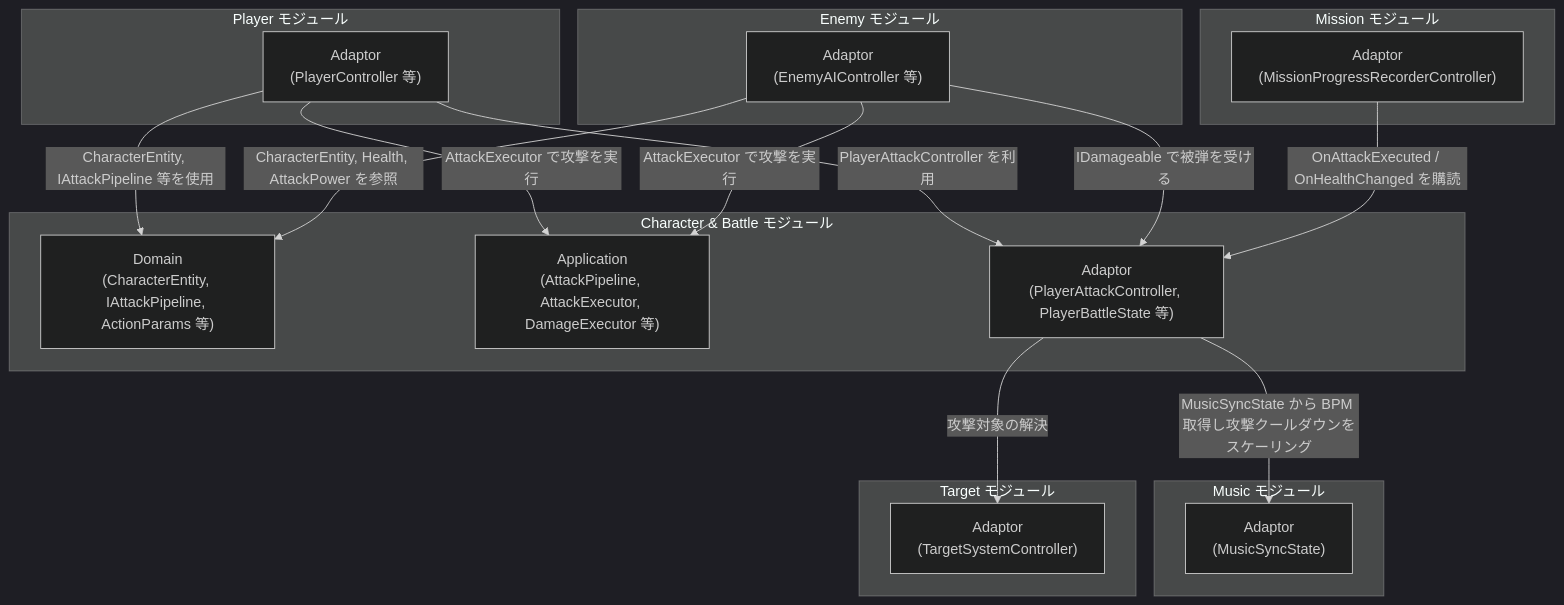
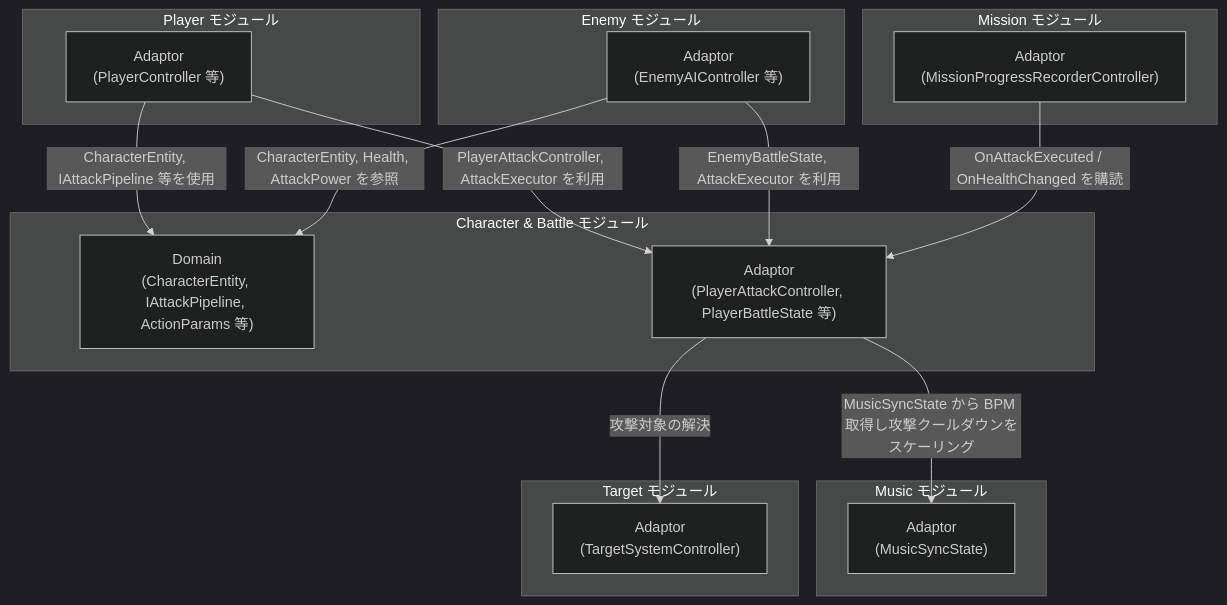
Before and after one commit to HIBIKI5201/SymphonyKillChord: the first of 4 diagrams in Assets/Docs/ScriptsDocs/Modules/NotionModuleDocs/Character&Battle.md, drawn with Mermaid (dark theme). The commit also changed other lines of this file and 2383 other files, not shown here.

````diff
--- a/Assets/Docs/ScriptsDocs/Modules/NotionModuleDocs/Character&Battle.md
+++ b/Assets/Docs/ScriptsDocs/Modules/NotionModuleDocs/Character&Battle.md
@@ -60,40 +55,37 @@
 ```mermaid
 graph TD
     %% 定義 (接続のないレイヤーは省略)
     subgraph CharacterBattleModule [Character & Battle モジュール]
         CB_Domain["Domain\n(CharacterEntity, IAttackPipeline, ActionParams 等)"]
-        CB_App["Application\n(AttackPipeline, AttackExecutor, DamageExecutor 等)"]
         CB_Adaptor["Adaptor\n(PlayerAttackController, PlayerBattleState 等)"]
     end
 
     subgraph PlayerModule [Player モジュール]
         P_Adaptor["Adaptor\n(PlayerController 等)"]
     end
 
     subgraph EnemyModule [Enemy モジュール]
         E_Adaptor["Adaptor\n(EnemyAIController 等)"]
     end
 
     subgraph MusicModule [Music モジュール]
         M_Adaptor["Adaptor\n(MusicSyncState)"]
     end
 
     subgraph TargetModule [Target モジュール]
         T_Adaptor["Adaptor\n(TargetSystemController)"]
     end
 
     subgraph MissionModule [Mission モジュール]
         MS_Adaptor["Adaptor\n(MissionProgressRecorderController)"]
     end
 
     %% 依存関係
     P_Adaptor -->|"CharacterEntity, IAttackPipeline 等を使用"| CB_Domain
-    P_Adaptor -->|"PlayerAttackController を利用"| CB_Adaptor
-    P_Adaptor -->|"AttackExecutor で攻撃を実行"| CB_App
+    P_Adaptor -->|"PlayerAttackController, AttackExecutor を利用"| CB_Adaptor
     E_Adaptor -->|"CharacterEntity, Health, AttackPower を参照"| CB_Domain
-    E_Adaptor -->|"IDamageable で被弾を受ける"| CB_Adaptor
-    E_Adaptor -->|"AttackExecutor で攻撃を実行"| CB_App
+    E_Adaptor -->|"EnemyBattleState, AttackExecutor を利用"| CB_Adaptor
     CB_Adaptor -->|"MusicSyncState から BPM 取得し攻撃クールダウンをスケーリング"| M_Adaptor
     CB_Adaptor -->|"攻撃対象の解決"| T_Adaptor
     MS_Adaptor -->|"OnAttackExecuted / OnHealthChanged を購読"| CB_Adaptor
 ```
````
